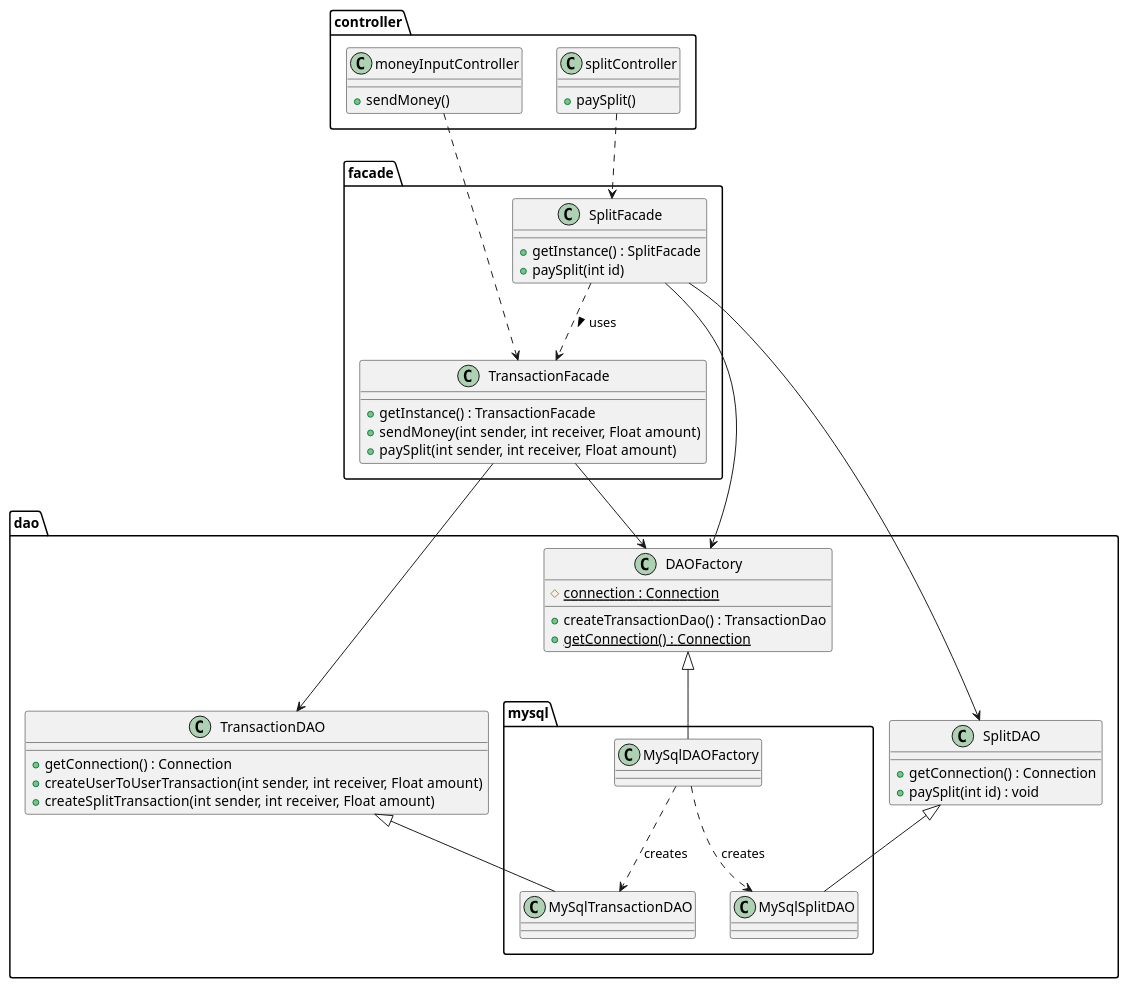
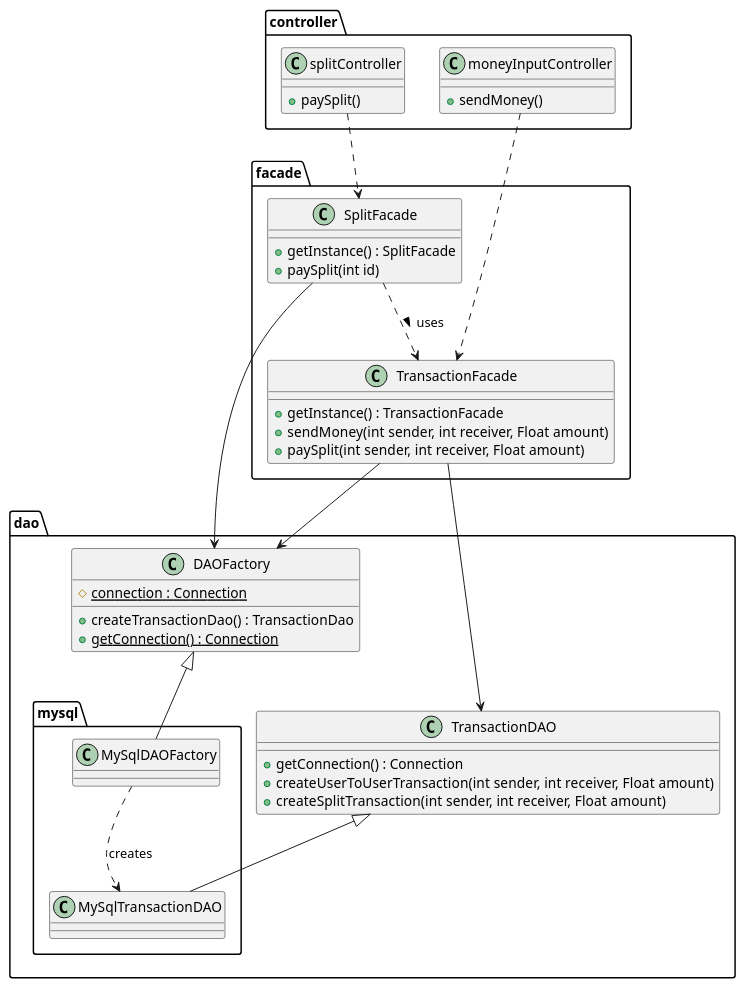
Before and after one commit to Julien-Wiegandt/SplitPay: the diagram in documentation/software_design/make_payment/make_payment_class_diagram.puml, drawn with PlantUML. The commit also changed 2 other files, not shown here.

```diff
--- a/documentation/software_design/make_payment/make_payment_class_diagram.puml
+++ b/documentation/software_design/make_payment/make_payment_class_diagram.puml
@@ -1,70 +1,63 @@
 @startuml make_payment
 
 package controller <<Folder>> {
   class moneyInputController {
     +sendMoney()
   }
   class splitController {
     +paySplit()
   }
 }
 
 package facade <<Folder>> {
   class TransactionFacade {
     +getInstance() : TransactionFacade
     +sendMoney(int sender, int receiver, Float amount)
     +paySplit(int sender, int receiver, Float amount)
   }
 
   class SplitFacade {
       +getInstance() : SplitFacade
       +paySplit(int id)
     }
 
   SplitFacade ..> TransactionFacade : uses >
 }
 
 
 package dao <<Folder>> {
   class DAOFactory {
     #{static}connection : Connection
     +createTransactionDao() : TransactionDao
     +{static}getConnection() : Connection
   }
 
   package mysql <<Folder>> {
     class MySqlDAOFactory {}
     class MySqlTransactionDAO {}
-    class MySqlSplitDAO {}
     MySqlDAOFactory .down.> MySqlTransactionDAO : creates
-    MySqlDAOFactory .down.> MySqlSplitDAO : creates
   }
 
   class TransactionDAO {
     +getConnection() : Connection
     +createUserToUserTransaction(int sender, int receiver, Float amount)
     +createSplitTransaction(int sender, int receiver, Float amount)
   }
 
-  class SplitDAO {
-      +getConnection() : Connection
-      +paySplit(int id) : void
-    }
+
 
   DAOFactory <|-- MySqlDAOFactory
   TransactionDAO <|-- MySqlTransactionDAO
-  SplitDAO <|-- MySqlSplitDAO
 
 
 }
 
 moneyInputController .down.> TransactionFacade
 splitController .down.> SplitFacade
 
 TransactionFacade -down-> DAOFactory
 TransactionFacade --> TransactionDAO
 
 SplitFacade -down-> DAOFactory
-SplitFacade --> SplitDAO
 
 @enduml
```
